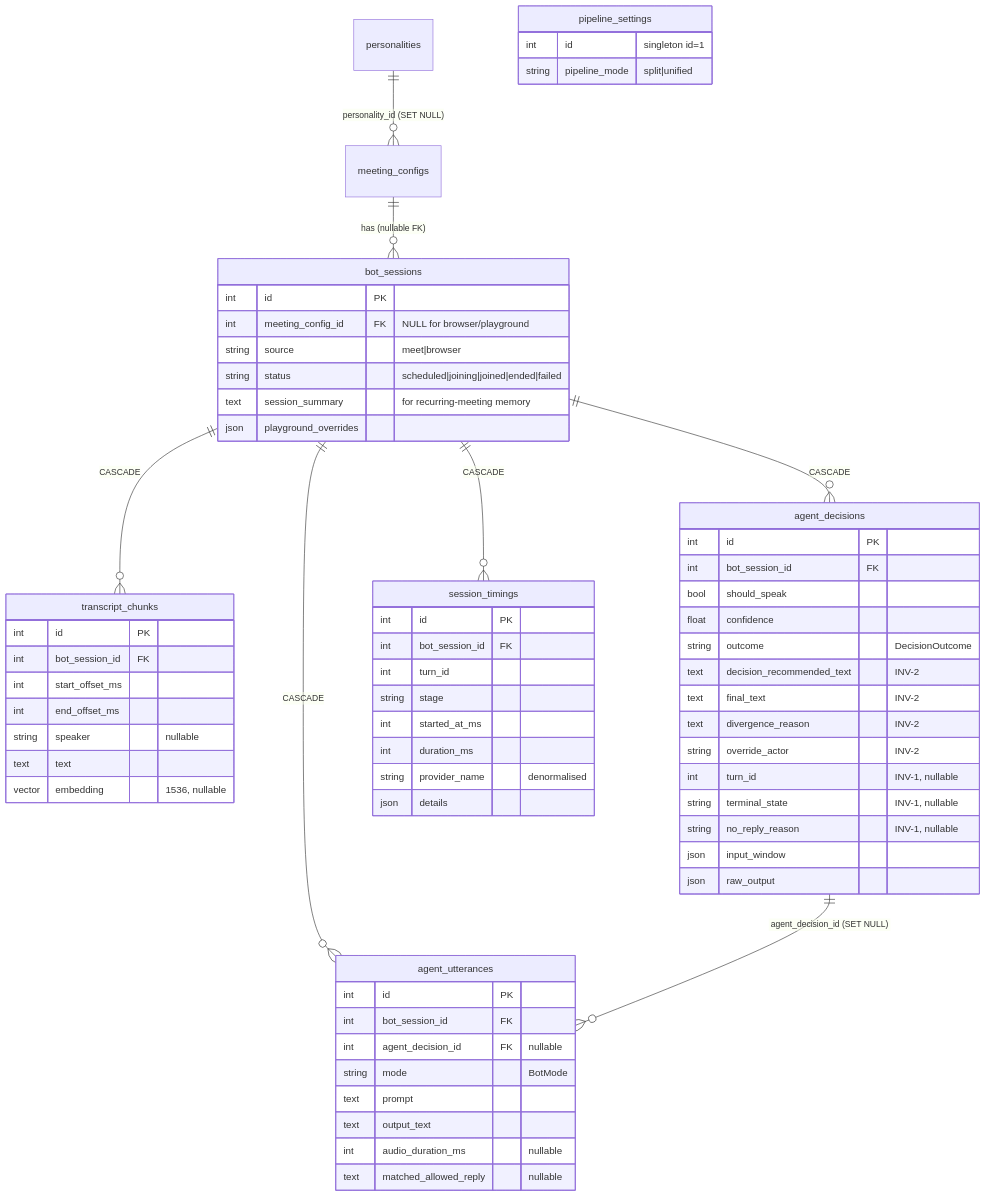
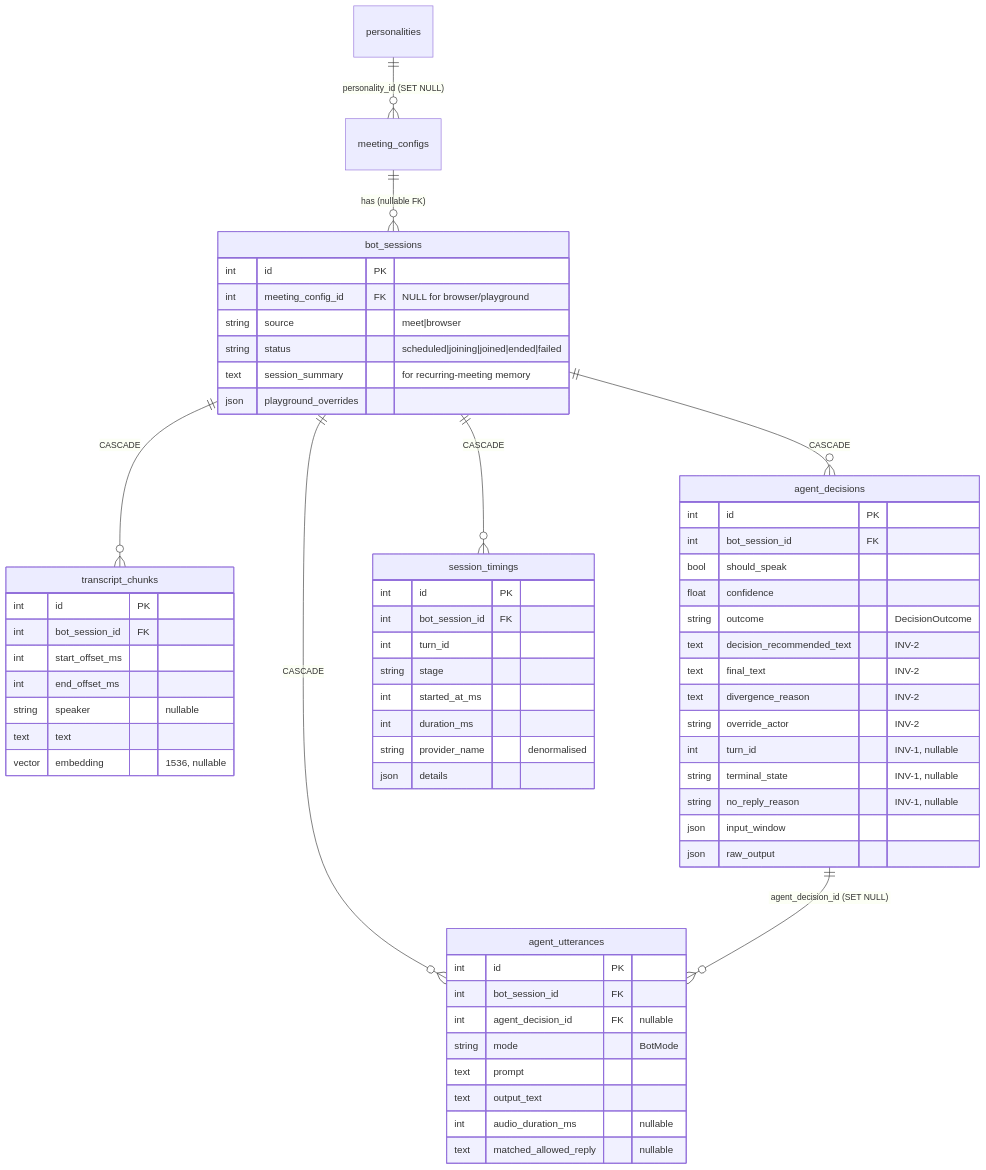
The third of 3 diagrams in docs/PIPELINE.md (mekedron/Johnny), drawn with Mermaid before and after one commit. The commit also changed other lines of this file and 123 other files, not shown here.

Commit message:
task: Johnny-trt.43 [BUILD] Phase 6: Remove S2S/unified pipeline from the product surface (re-introduction deferred to a future epic)

````diff
--- a/docs/PIPELINE.md
+++ b/docs/PIPELINE.md
@@ -570,68 +535,64 @@
 ```mermaid
 erDiagram
     meeting_configs ||--o{ bot_sessions : "has (nullable FK)"
     bot_sessions ||--o{ transcript_chunks : "CASCADE"
     bot_sessions ||--o{ agent_decisions : "CASCADE"
     bot_sessions ||--o{ agent_utterances : "CASCADE"
     bot_sessions ||--o{ session_timings : "CASCADE"
     agent_decisions ||--o{ agent_utterances : "agent_decision_id (SET NULL)"
     personalities ||--o{ meeting_configs : "personality_id (SET NULL)"
-    pipeline_settings {
-        int id "singleton id=1"
-        string pipeline_mode "split|unified"
-    }
 
     bot_sessions {
         int id PK
         int meeting_config_id FK "NULL for browser/playground"
         string source "meet|browser"
         string status "scheduled|joining|joined|ended|failed"
         text session_summary "for recurring-meeting memory"
         json playground_overrides
     }
     transcript_chunks {
         int id PK
         int bot_session_id FK
         int start_offset_ms
         int end_offset_ms
         string speaker "nullable"
         text text
         vector embedding "1536, nullable"
     }
     agent_decisions {
         int id PK
         int bot_session_id FK
         bool should_speak
         float confidence
         string outcome "DecisionOutcome"
         text decision_recommended_text "INV-2"
         text final_text "INV-2"
         text divergence_reason "INV-2"
         string override_actor "INV-2"
         int turn_id "INV-1, nullable"
         string terminal_state "INV-1, nullable"
         string no_reply_reason "INV-1, nullable"
         json input_window
         json raw_output
     }
     agent_utterances {
         int id PK
         int bot_session_id FK
         int agent_decision_id FK "nullable"
         string mode "BotMode"
         text prompt
         text output_text
         int audio_duration_ms "nullable"
         text matched_allowed_reply "nullable"
     }
     session_timings {
         int id PK
         int bot_session_id FK
         int turn_id
         string stage
         int started_at_ms
         int duration_ms
         string provider_name "denormalised"
         json details
     }
 ```
````
